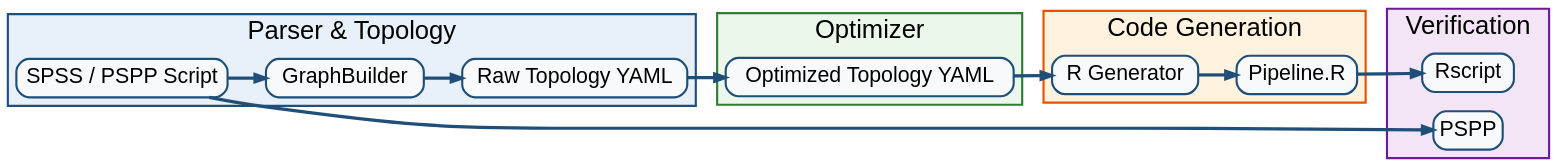
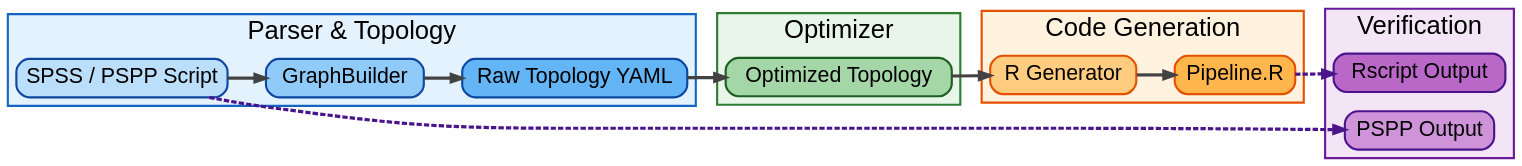
One commit to MagicSpik3/legacy-etl-compiler changed the first of 2 diagrams in docs/slides.qmd. Above: the diagram before and after it, drawn with Graphviz. The commit also changed other lines of this file and 9 other files, not shown here.

````diff
--- a/docs/slides.qmd
+++ b/docs/slides.qmd
@@ -30,82 +30,79 @@
 ```{dot}
 digraph {
-
   rankdir=LR;
   bgcolor="transparent";
   fontname="Helvetica";
   fontsize=22;
 
   node [
     shape=box
     style="rounded,filled"
     fontname="Helvetica"
     fontsize=20
-    fillcolor="#F8F9FA"
-    color="#1F4E79"
     penwidth=2
   ];
 
   edge [
-    color="#1F4E79"
+    color="#424242"
     penwidth=3
   ];
 
   subgraph cluster_parser {
     label="Parser & Topology";
     fontsize=24;
     style=filled;
-    fillcolor="#E8F1FA";
-    color="#1F4E79";
+    fillcolor="#E3F2FD";
+    color="#1565C0";
     penwidth=2;
 
-    A [label="SPSS / PSPP Script"];
-    B [label="GraphBuilder"];
-    C [label="Raw Topology YAML"];
+    A [label="SPSS / PSPP Script", fillcolor="#BBDEFB", color="#0D47A1"];
+    B [label="GraphBuilder", fillcolor="#90CAF9", color="#0D47A1"];
+    C [label="Raw Topology YAML", fillcolor="#64B5F6", color="#0D47A1"];
 
     A -> B -> C;
   }
 
   subgraph cluster_optimizer {
     label="Optimizer";
     fontsize=24;
     style=filled;
-    fillcolor="#EAF7EA";
+    fillcolor="#E8F5E9";
     color="#2E7D32";
     penwidth=2;
 
-    D [label="Optimized Topology YAML"];
+    D [label="Optimized Topology", fillcolor="#A5D6A7", color="#1B5E20"];
 
     C -> D;
   }
 
   subgraph cluster_codegen {
     label="Code Generation";
     fontsize=24;
     style=filled;
     fillcolor="#FFF3E0";
     color="#E65100";
     penwidth=2;
 
-    E [label="R Generator"];
-    F [label="Pipeline.R"];
+    E [label="R Generator", fillcolor="#FFCC80", color="#E65100"];
+    F [label="Pipeline.R", fillcolor="#FFB74D", color="#E65100"];
 
     D -> E -> F;
   }
 
   subgraph cluster_verif {
     label="Verification";
     fontsize=24;
     style=filled;
     fillcolor="#F3E5F5";
     color="#6A1B9A";
     penwidth=2;
 
-    G [label="PSPP"];
-    H [label="Rscript"];
+    G [label="PSPP Output", fillcolor="#CE93D8", color="#4A148C"];
+    H [label="Rscript Output", fillcolor="#BA68C8", color="#4A148C"];
 
-    A -> G;
-    F -> H;
+    A -> G [style=dashed, color="#4A148C"];
+    F -> H [style=dashed, color="#4A148C"];
   }
+}
 
-}
 ```
````
